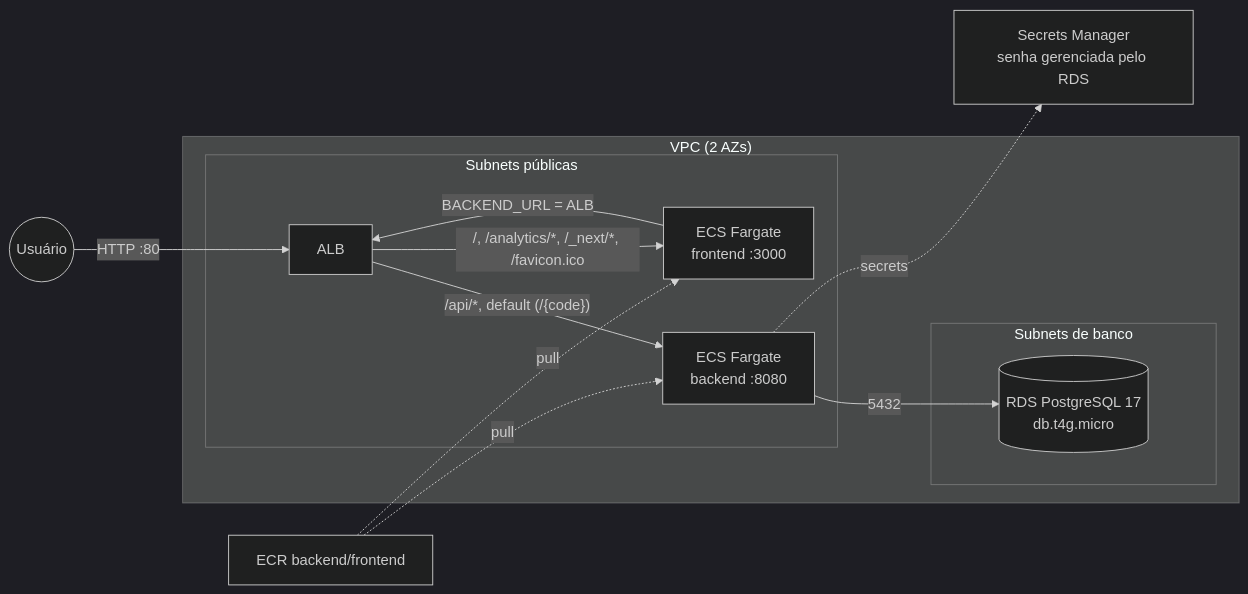
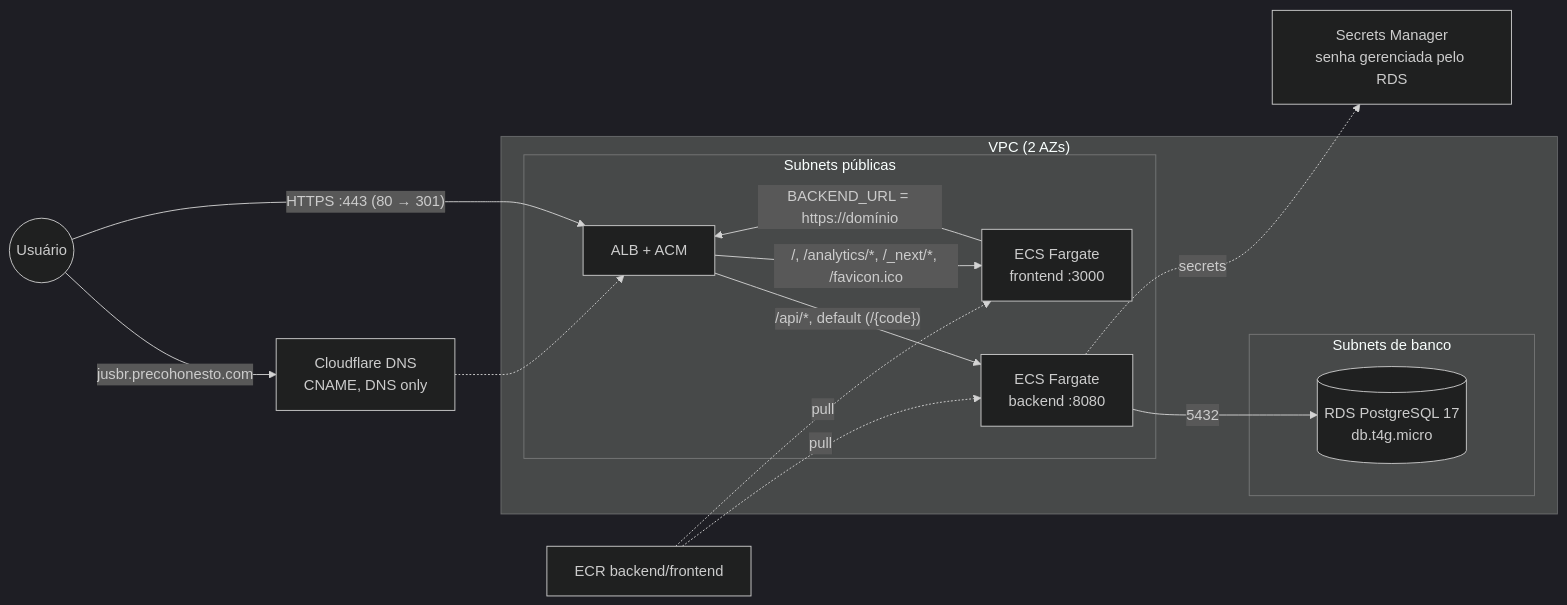
Before and after one commit to raphaelfmarins/jusbr: the diagram in docs/deploy-aws.md, drawn with Mermaid (dark theme). The commit also changed other lines of this file and 11 other files, not shown here.

Commit message:
feat(infra): serve app on jusbr.precohonesto.com with acm and cloudflare dns

````diff
--- a/docs/deploy-aws.md
+++ b/docs/deploy-aws.md
@@ -7,20 +7,22 @@
 ```mermaid
 flowchart LR
-  user((Usuário)) -->|HTTP :80| alb[ALB]
+  user((Usuário)) -->|jusbr.precohonesto.com| cf[Cloudflare DNS<br/>CNAME, DNS only]
+  cf -.-> alb
+  user -->|"HTTPS :443 (80 → 301)"| alb[ALB + ACM]
   subgraph VPC["VPC (2 AZs)"]
     subgraph pub[Subnets públicas]
       alb
       be[ECS Fargate<br/>backend :8080]
       fe[ECS Fargate<br/>frontend :3000]
     end
     subgraph db[Subnets de banco]
       rds[(RDS PostgreSQL 17<br/>db.t4g.micro)]
     end
   end
   alb -->|"/api/*, default (/{code})"| be
   alb -->|"/, /analytics/*, /_next/*, /favicon.ico"| fe
-  fe -->|BACKEND_URL = ALB| alb
+  fe -->|BACKEND_URL = https://domínio| alb
   be -->|5432| rds
   be -.->|secrets| sm[Secrets Manager<br/>senha gerenciada pelo RDS]
   ecr[ECR backend/frontend] -.->|pull| be & fe
 ```
````
